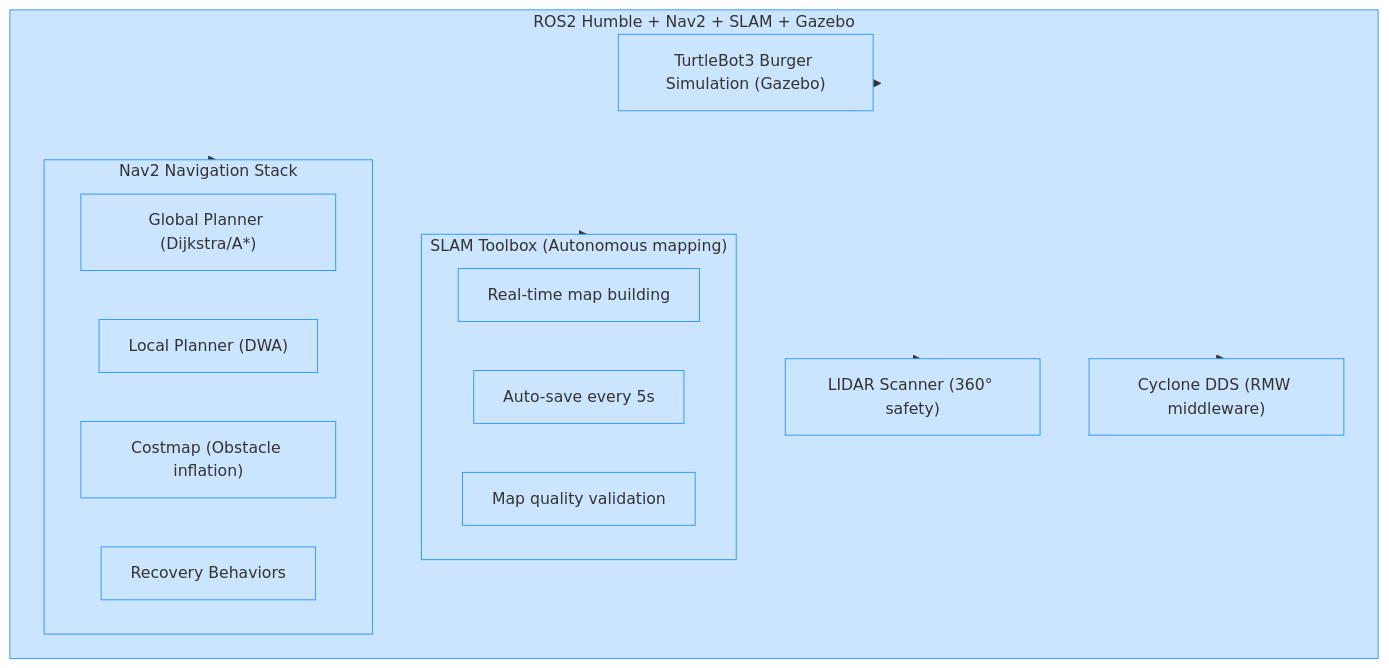
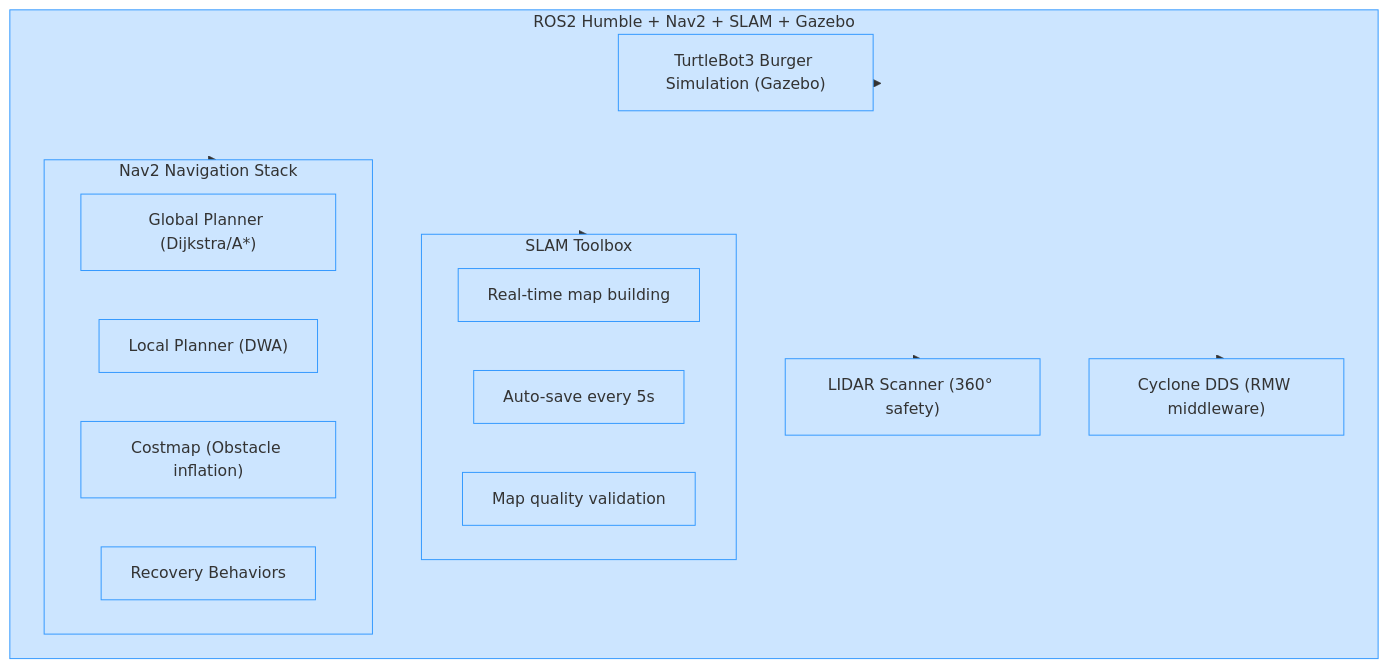
Before and after one commit to jerrynguy/final-project: the first of 3 diagrams in README.md, drawn with Mermaid. The commit also changed other lines of this file, not shown here.

````diff
--- a/README.md
+++ b/README.md
@@ -98,31 +98,31 @@
 ```mermaid
 flowchart TD
 %% Class definitions
 classDef ros2 fill:#cce5ff,stroke:#3399ff,stroke-width:1px,color:#333;
 
 %% Subgraph ROS2 Stack
 subgraph ROS2Stack["ROS2 Humble + Nav2 + SLAM + Gazebo"]
     TB3["TurtleBot3 Burger Simulation (Gazebo)"]
-    subgraph SLAM["SLAM Toolbox (Autonomous mapping)"]
+    subgraph SLAM["SLAM Toolbox"]
         SLAM_RT["Real-time map building"]
         SLAM_SAVE["Auto-save every 5s"]
         SLAM_VAL["Map quality validation"]
     end
     subgraph Nav2["Nav2 Navigation Stack"]
         GP["Global Planner (Dijkstra/A*)"]
         LP["Local Planner (DWA)"]
         CM["Costmap (Obstacle inflation)"]
         RB["Recovery Behaviors"]
     end
     LIDAR["LIDAR Scanner (360° safety)"]
     DDS["Cyclone DDS (RMW middleware)"]
 end
 
 ROS2Stack --> TB3
 ROS2Stack --> SLAM
 ROS2Stack --> Nav2
 ROS2Stack --> LIDAR
 ROS2Stack --> DDS
 
 class ROS2Stack,TB3,SLAM,SLAM_RT,SLAM_SAVE,SLAM_VAL,Nav2,GP,LP,CM,RB,LIDAR,DDS ros2
 ```
````
